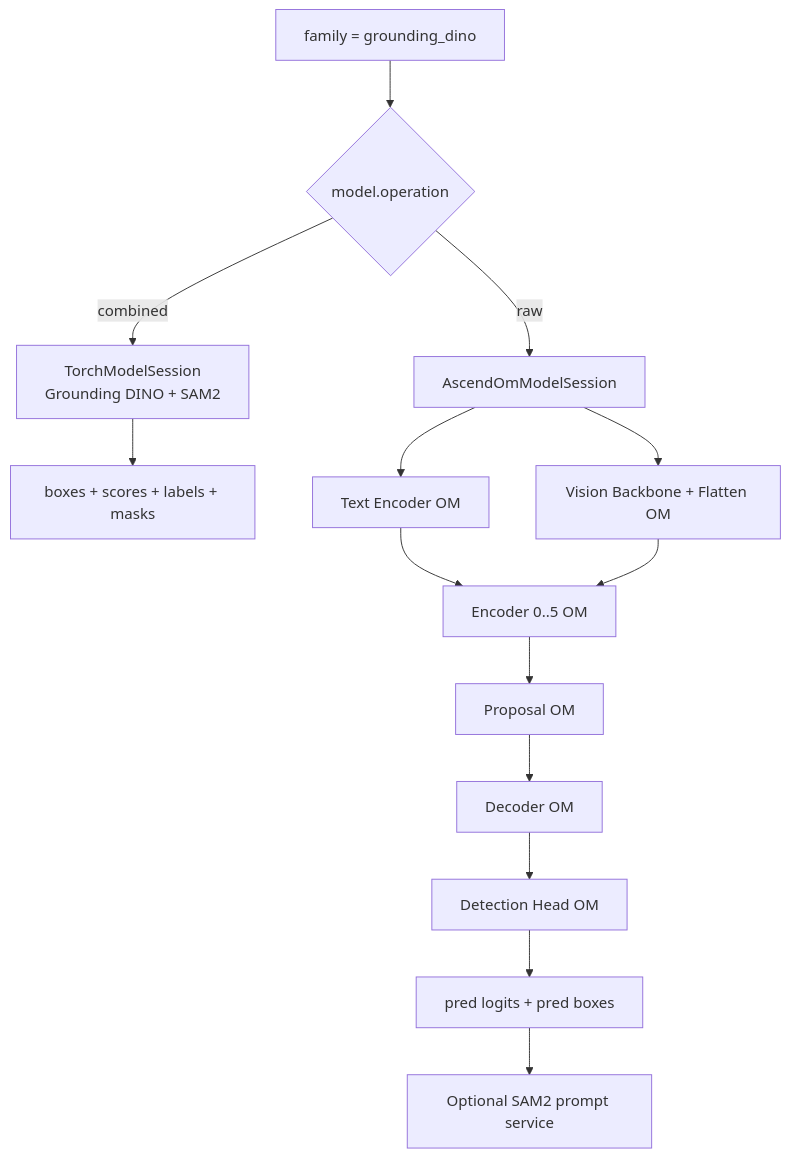
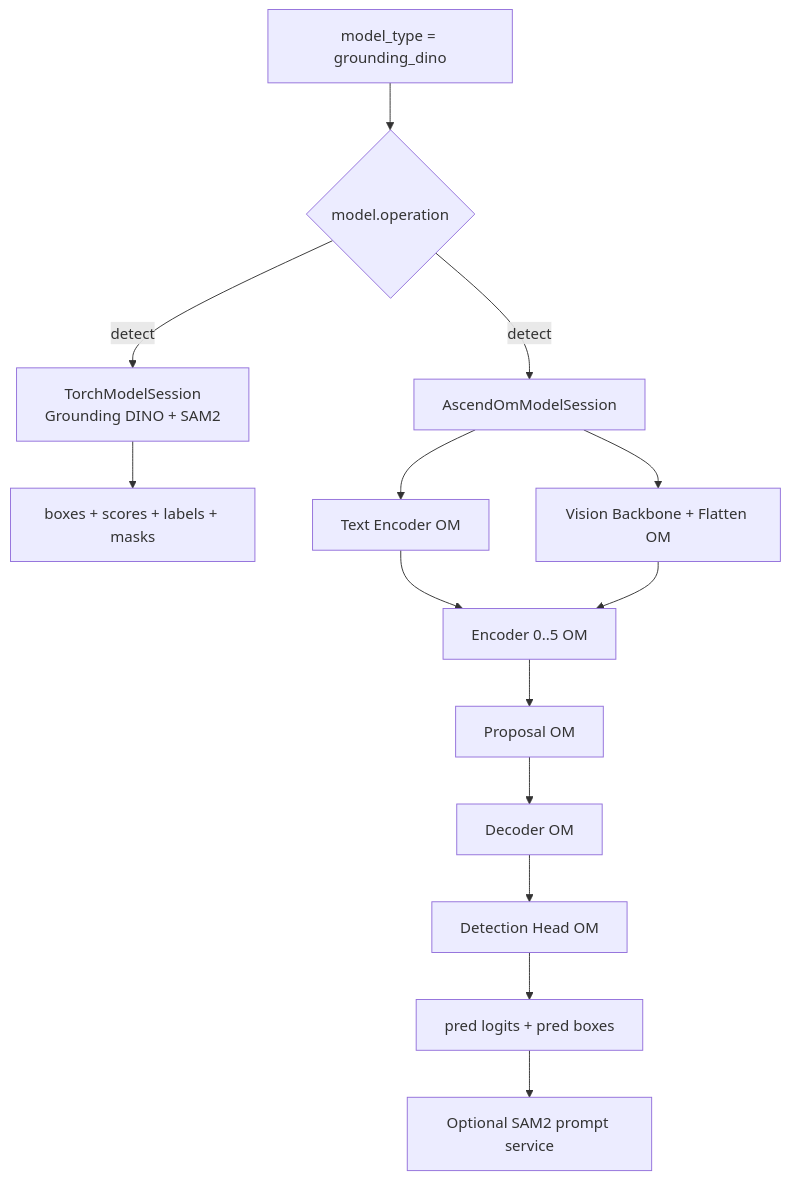
One commit to StoneStar-Aiknow/IB_Robot changed the seventh of 9 diagrams in docs/unify.md. Above: the diagram before and after it, drawn with Mermaid. The commit also changed other lines of this file and 204 other files, not shown here.

````diff
--- a/docs/unify.md
+++ b/docs/unify.md
@@ -345,16 +350,16 @@
 ```mermaid
 flowchart TB
-    FAMILY["family = grounding_dino"] --> OP{"model.operation"}
-    OP -->|"combined"| TORCH["TorchModelSession<br/>Grounding DINO + SAM2"]
+    FAMILY["model_type = grounding_dino"] --> OP{"model.operation"}
+    OP -->|"detect"| TORCH["TorchModelSession<br/>Grounding DINO + SAM2"]
     TORCH --> COMBINED["boxes + scores + labels + masks"]
-    OP -->|"raw"| ASCEND["AscendOmModelSession"]
+    OP -->|"detect"| ASCEND["AscendOmModelSession"]
     ASCEND --> TEXT["Text Encoder OM"]
     ASCEND --> VISION["Vision Backbone + Flatten OM"]
     TEXT --> ENCODERS["Encoder 0..5 OM"]
     VISION --> ENCODERS
     ENCODERS --> PROPOSAL["Proposal OM"]
     PROPOSAL --> DECODER["Decoder OM"]
     DECODER --> HEAD["Detection Head OM"]
     HEAD --> RAW["pred logits + pred boxes"]
     RAW --> OPTIONAL["Optional SAM2 prompt service"]
 ```
````
